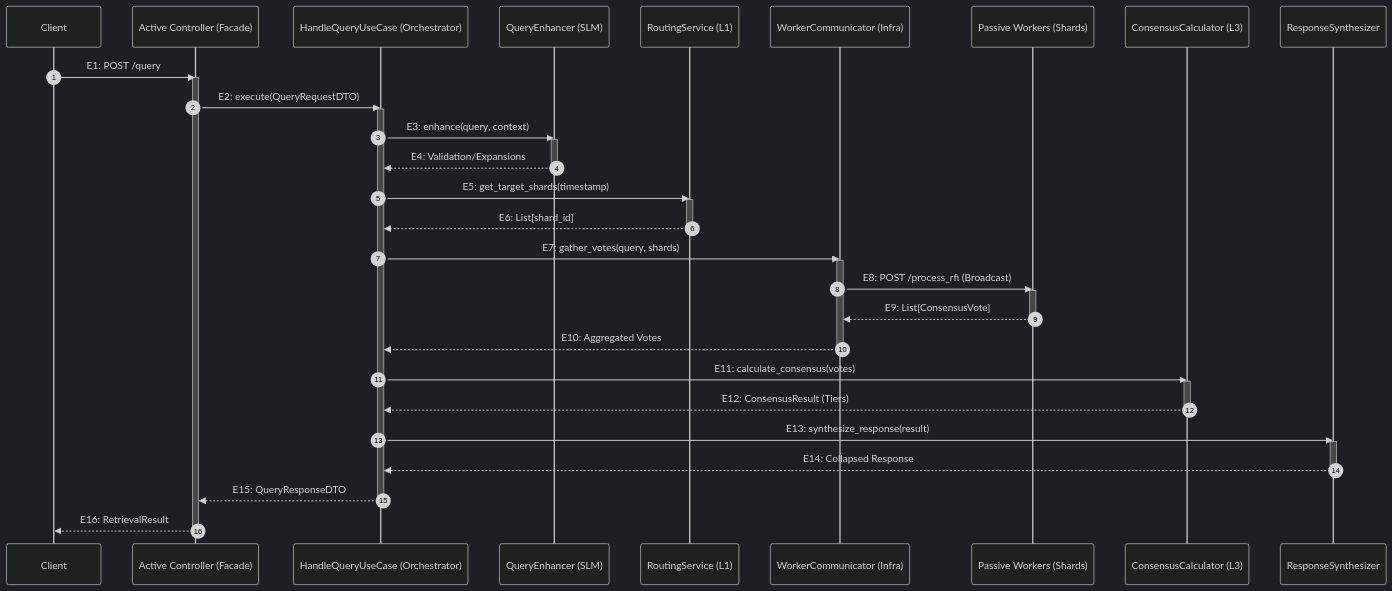
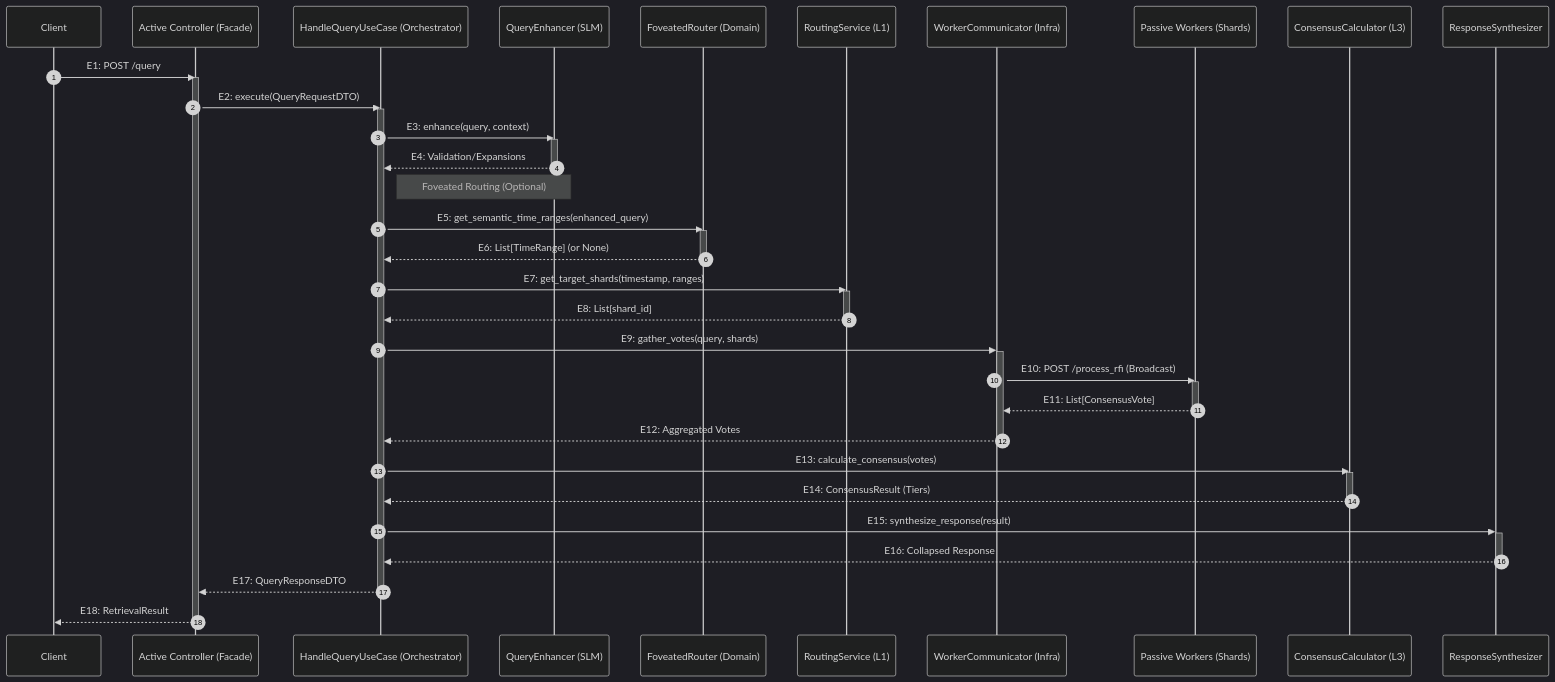
Before and after one commit to garciaalan186/distributed-passive-retrieval-resonant-consensus: the diagram in runtime_sequence_diagram.md, drawn with Mermaid (dark theme). The commit also changed other lines of this file and 2 other files, not shown here.

Commit message:
Fix SLM health check endpoint path (ready -> readiness)

````diff
--- a/runtime_sequence_diagram.md
+++ b/runtime_sequence_diagram.md
@@ -5,52 +5,61 @@
 ```mermaid
 sequenceDiagram
     autonumber
     participant N1 as Client
     participant N2 as Active Controller (Facade)
     participant N3 as HandleQueryUseCase (Orchestrator)
     participant N4 as QueryEnhancer (SLM)
+    participant N10 as FoveatedRouter (Domain)
     participant N5 as RoutingService (L1)
     participant N6 as WorkerCommunicator (Infra)
     participant N7 as Passive Workers (Shards)
     participant N8 as ConsensusCalculator (L3)
     participant N9 as ResponseSynthesizer
 
     N1->>N2: E1: POST /query
     activate N2
     N2->>N3: E2: execute(QueryRequestDTO)
     activate N3
     
     N3->>N4: E3: enhance(query, context)
     activate N4
     N4-->>N3: E4: Validation/Expansions
     deactivate N4
 
-    N3->>N5: E5: get_target_shards(timestamp)
+    Note right of N3: Foveated Routing (Optional)
+    N3->>N10: E5: get_semantic_time_ranges(enhanced_query)
+    activate N10
+    N10-->>N3: E6: List[TimeRange] (or None)
+    deactivate N10
+
+    N3->>N5: E7: get_target_shards(timestamp, ranges)
     activate N5
-    N5-->>N3: E6: List[shard_id]
+    N5-->>N3: E8: List[shard_id]
     deactivate N5
 
-    N3->>N6: E7: gather_votes(query, shards)
+    N3->>N6: E9: gather_votes(query, shards)
     activate N6
-    N6->>N7: E8: POST /process_rfi (Broadcast)
+    activate N6
+    N6->>N7: E10: POST /process_rfi (Broadcast)
     activate N7
-    N7-->>N6: E9: List[ConsensusVote]
+    N7-->>N6: E11: List[ConsensusVote]
     deactivate N7
-    N6-->>N3: E10: Aggregated Votes
+    N6-->>N3: E12: Aggregated Votes
     deactivate N6
 
-    N3->>N8: E11: calculate_consensus(votes)
+    N3->>N8: E13: calculate_consensus(votes)
     activate N8
-    N8-->>N3: E12: ConsensusResult (Tiers)
+    N8-->>N3: E14: ConsensusResult (Tiers)
     deactivate N8
 
-    N3->>N9: E13: synthesize_response(result)
+    N3->>N9: E15: synthesize_response(result)
     activate N9
-    N9-->>N3: E14: Collapsed Response
+    activate N9
+    N9-->>N3: E16: Collapsed Response
     deactivate N9
 
-    N3-->>N2: E15: QueryResponseDTO
+    N3-->>N2: E17: QueryResponseDTO
     deactivate N3
-    N2-->>N1: E16: RetrievalResult
+    N2-->>N1: E18: RetrievalResult
     deactivate N2
 ```
````
